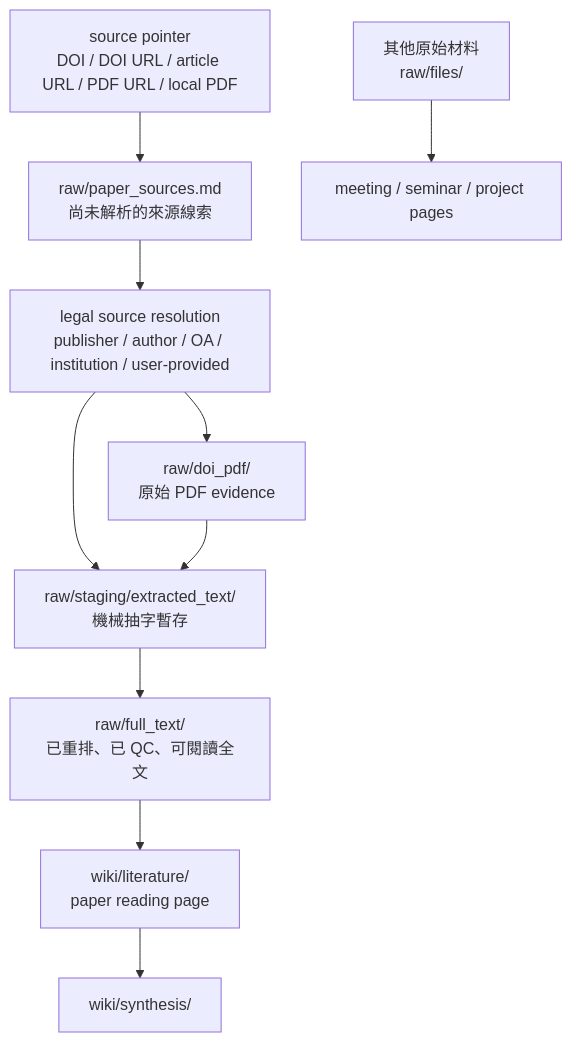
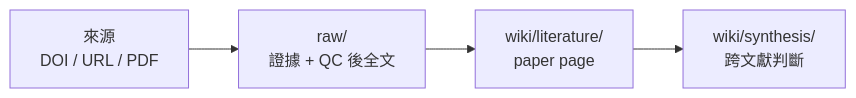
The first of 2 diagrams in README.zh-TW.md (ChenHau-Lan/ResearchWiki), drawn with Mermaid before and after one commit. The commit also changed other lines of this file and 11 other files, not shown here.

Commit message:
Simplify intake diagram and command menu

````diff
--- a/README.zh-TW.md
+++ b/README.zh-TW.md
@@ -24,12 +24,6 @@
 ```mermaid
-flowchart TD
-    SOURCE["source pointer<br/>DOI / DOI URL / article URL / PDF URL / local PDF"] --> QUEUE["raw/paper_sources.md<br/>尚未解析的來源線索"]
-    QUEUE --> RESOLVE["legal source resolution<br/>publisher / author / OA / institution / user-provided"]
-    RESOLVE --> PDF["raw/doi_pdf/<br/>原始 PDF evidence"]
-    RESOLVE --> STAGE["raw/staging/extracted_text/<br/>機械抽字暫存"]
-    PDF --> STAGE
-    STAGE --> FT["raw/full_text/<br/>已重排、已 QC、可閱讀全文"]
-    FT --> LIT["wiki/literature/<br/>paper reading page"]
-    LIT --> SYN["wiki/synthesis/"]
-    OTHER["其他原始材料<br/>raw/files/"] --> WIKI2["meeting / seminar / project pages"]
+flowchart LR
+    A["來源<br/>DOI / URL / PDF"] --> B["raw/<br/>證據 + QC 後全文"]
+    B --> C["wiki/literature/<br/>paper page"]
+    C --> D["wiki/synthesis/<br/>跨文獻判斷"]
 ```
````
